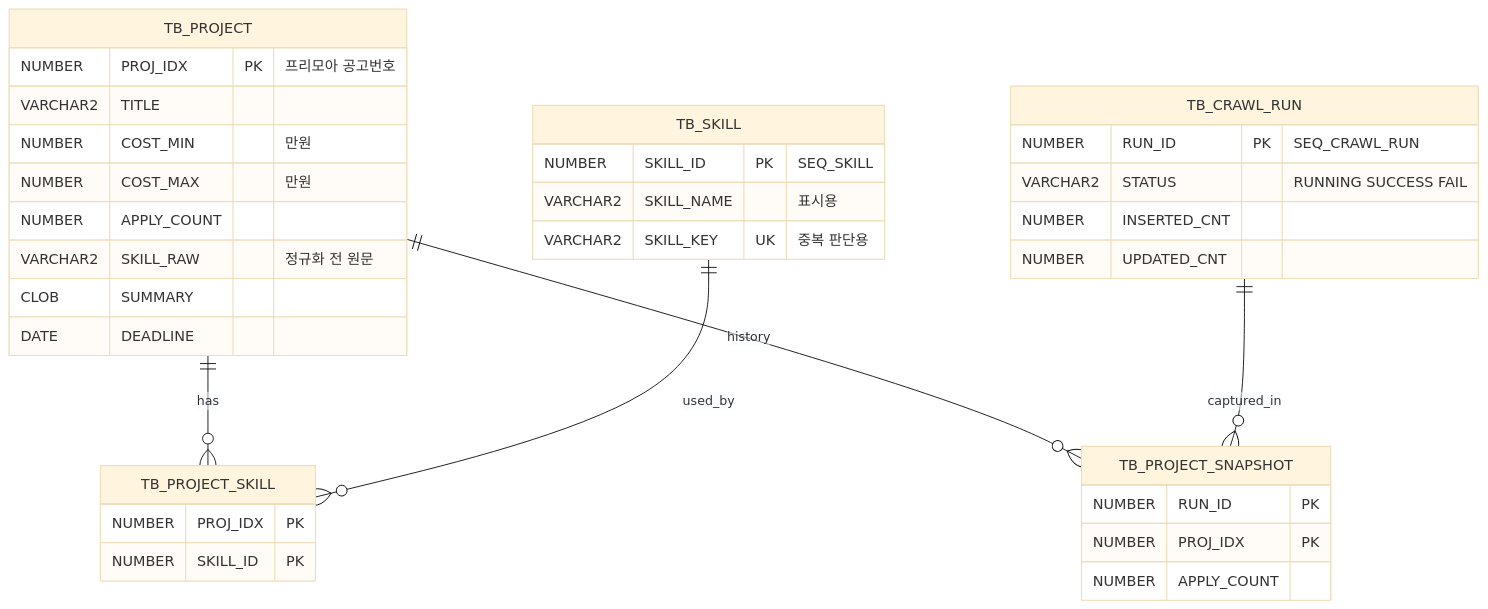
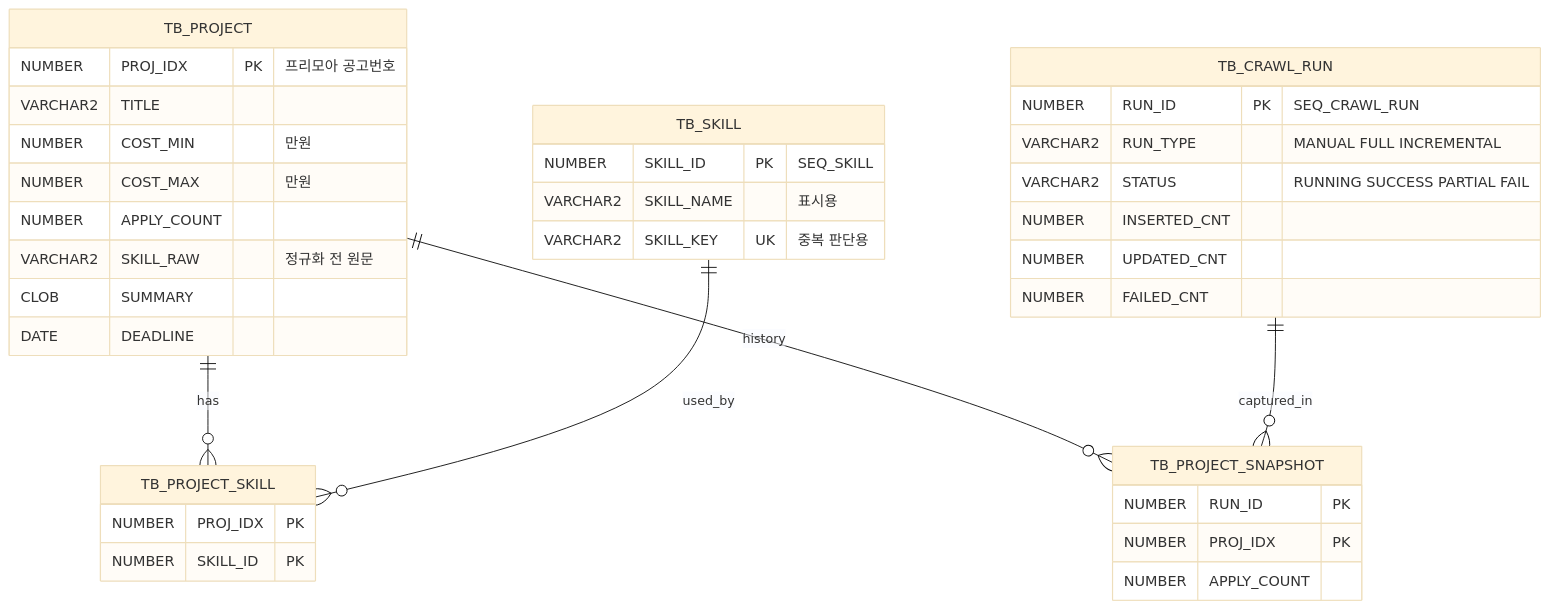
The second of 2 diagrams in README.md (lhk9311/00.freemoa_crawler), drawn with Mermaid (base theme) before and after one commit. The commit also changed other lines of this file, not shown here.

````diff
--- a/README.md
+++ b/README.md
@@ -141,38 +162,40 @@
 ```mermaid
 erDiagram
     TB_PROJECT ||--o{ TB_PROJECT_SKILL : "has"
     TB_SKILL ||--o{ TB_PROJECT_SKILL : "used_by"
     TB_PROJECT ||--o{ TB_PROJECT_SNAPSHOT : "history"
     TB_CRAWL_RUN ||--o{ TB_PROJECT_SNAPSHOT : "captured_in"
 
     TB_PROJECT {
         NUMBER PROJ_IDX PK "프리모아 공고번호"
         VARCHAR2 TITLE
         NUMBER COST_MIN "만원"
         NUMBER COST_MAX "만원"
         NUMBER APPLY_COUNT
         VARCHAR2 SKILL_RAW "정규화 전 원문"
         CLOB SUMMARY
         DATE DEADLINE
     }
     TB_SKILL {
         NUMBER SKILL_ID PK "SEQ_SKILL"
         VARCHAR2 SKILL_NAME "표시용"
         VARCHAR2 SKILL_KEY UK "중복 판단용"
     }
     TB_PROJECT_SKILL {
         NUMBER PROJ_IDX PK
         NUMBER SKILL_ID PK
     }
     TB_CRAWL_RUN {
         NUMBER RUN_ID PK "SEQ_CRAWL_RUN"
-        VARCHAR2 STATUS "RUNNING SUCCESS FAIL"
+        VARCHAR2 RUN_TYPE "MANUAL FULL INCREMENTAL"
+        VARCHAR2 STATUS "RUNNING SUCCESS PARTIAL FAIL"
         NUMBER INSERTED_CNT
         NUMBER UPDATED_CNT
+        NUMBER FAILED_CNT
     }
     TB_PROJECT_SNAPSHOT {
         NUMBER RUN_ID PK
         NUMBER PROJ_IDX PK
         NUMBER APPLY_COUNT
     }
 ```
````
